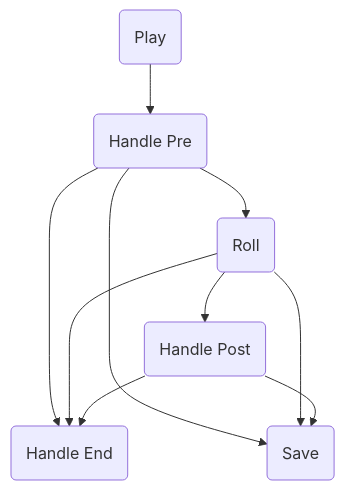
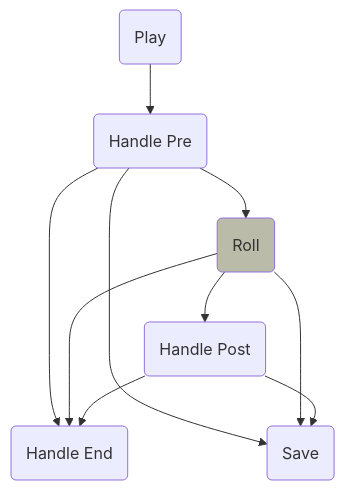
One commit to WonopolyCS246/Wonopoly changed the eighth of 9 diagrams in README.md. Above: the diagram before and after it, drawn with Mermaid. The commit also changed other lines of this file, not shown here.

````diff
--- a/README.md
+++ b/README.md
@@ -397,20 +397,21 @@
 ```mermaid 
 flowchart TD
 P(Play)
 HPr(Handle Pre)
 HPt(Handle Post)
 HEn(Handle End)
 Rl(Roll)
 Sv(Save)
 
 P --> HPr
 HPr --> HEn
 HPr --> Sv
 HPr --> Rl
 Rl --> HEn
 Rl --> Sv
 Rl --> HPt
 HPt --> HEn
 HPt --> Sv
 
+style Rl fill:#bba
 ```
````
